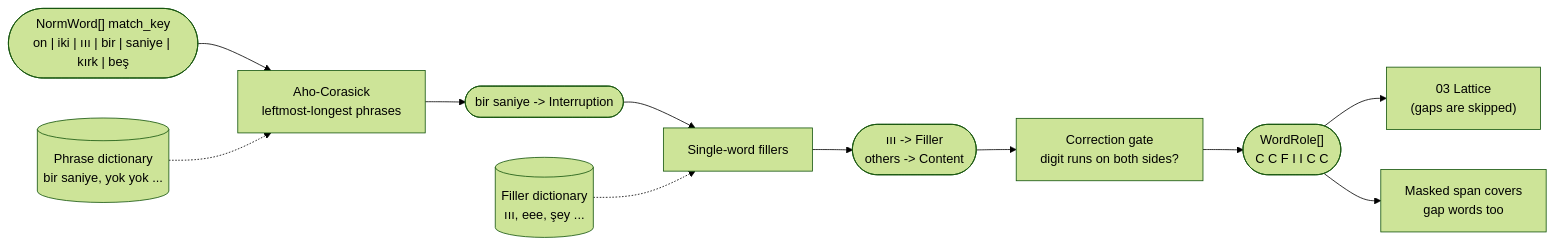
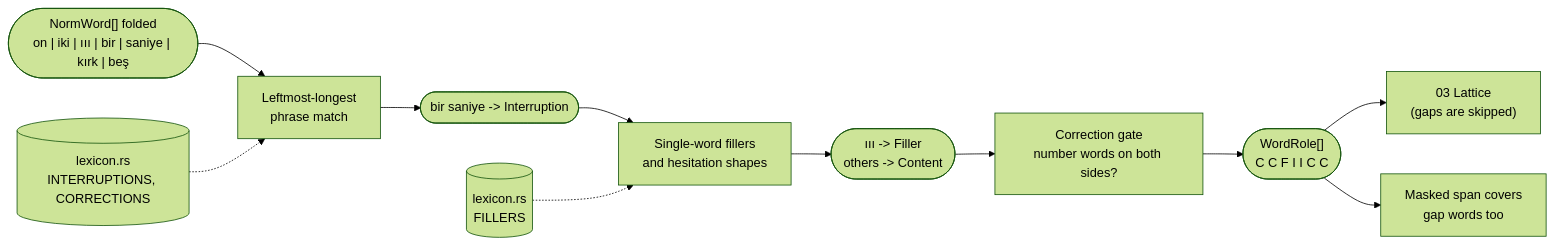
The first of 2 diagrams in docs/algorithms/02-filler-and-correction-marking.md (aral-by/ortu), drawn with Mermaid (forest theme) before and after one commit. The commit also changed other lines of this file and 7 other files, not shown here.

````diff
--- a/docs/algorithms/02-filler-and-correction-marking.md
+++ b/docs/algorithms/02-filler-and-correction-marking.md
@@ -33,13 +33,13 @@
 ```mermaid
 flowchart LR
-    NW(["NormWord[] match_key<br/>on | iki | ııı | bir | saniye | kırk | beş"]) --> S1["Aho-Corasick<br/>leftmost-longest phrases"]
-    PD[("Phrase dictionary<br/>bir saniye, yok yok ...")] -.-> S1
+    NW(["NormWord[] folded<br/>on | iki | ııı | bir | saniye | kırk | beş"]) --> S1["Leftmost-longest<br/>phrase match"]
+    PD[("lexicon.rs<br/>INTERRUPTIONS, CORRECTIONS")] -.-> S1
     S1 --> P1(["bir saniye -> Interruption"])
-    P1 --> S2["Single-word fillers"]
-    FD[("Filler dictionary<br/>ııı, eee, şey ...")] -.-> S2
+    P1 --> S2["Single-word fillers<br/>and hesitation shapes"]
+    FD[("lexicon.rs<br/>FILLERS")] -.-> S2
     S2 --> P2(["ııı -> Filler<br/>others -> Content"])
-    P2 --> S3["Correction gate<br/>digit runs on both sides?"]
+    P2 --> S3["Correction gate<br/>number words on both sides?"]
     S3 --> OUT(["WordRole[]<br/>C C F I I C C"])
     OUT --> L03["03 Lattice<br/>(gaps are skipped)"]
     OUT --> SPAN["Masked span covers<br/>gap words too"]
 ```
````
